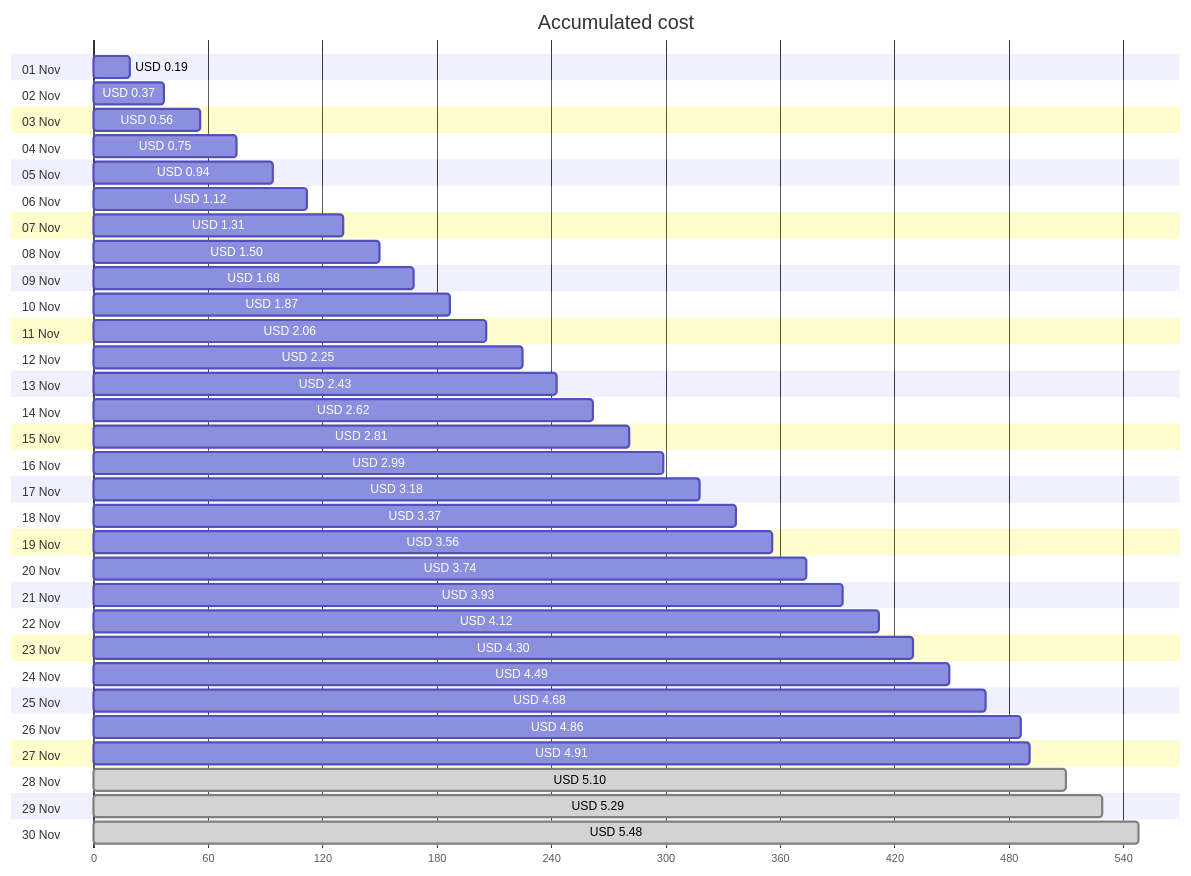
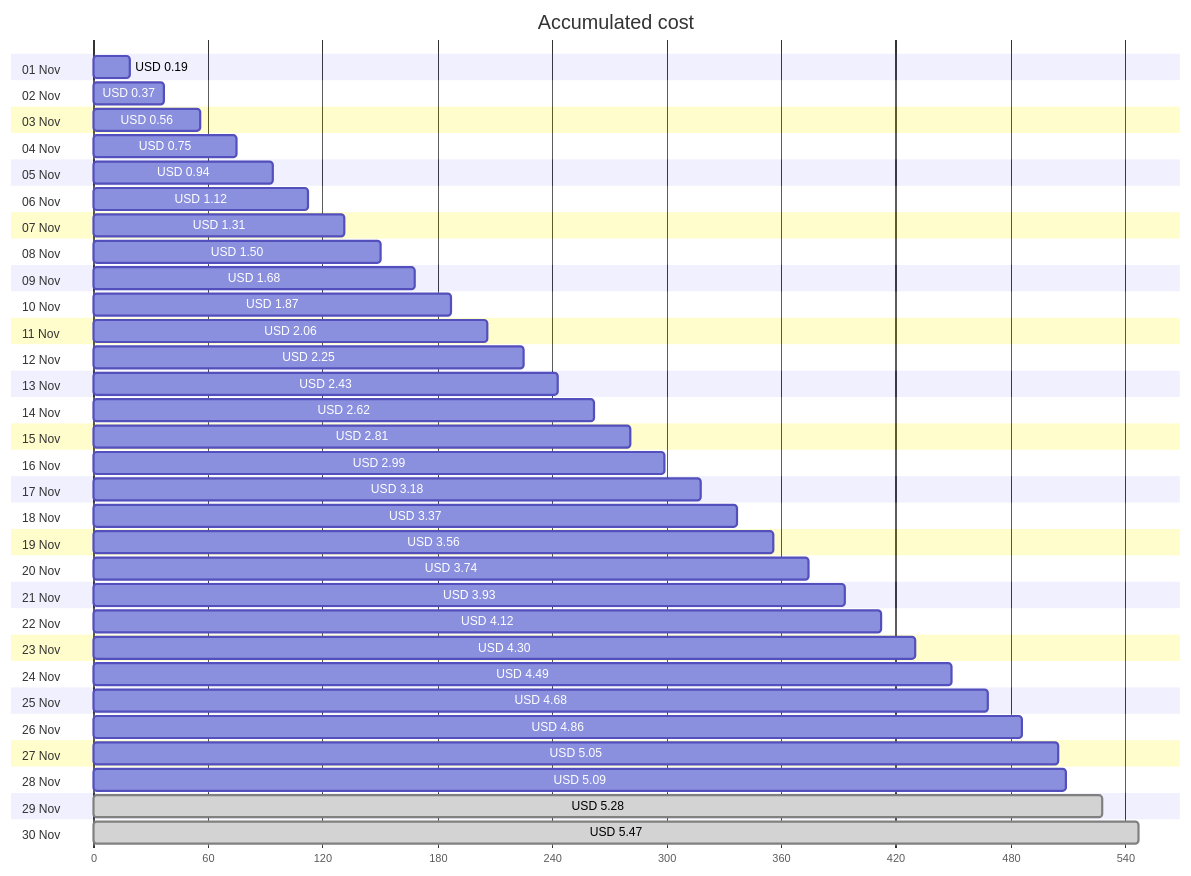
The first of 4 diagrams in cost-reports/personal-network/backup-server.md (jpfulton/azure-personal-reports), drawn with Mermaid before and after one commit. The commit also changed other lines of this file and 8 other files, not shown here.

````diff
--- a/cost-reports/personal-network/backup-server.md
+++ b/cost-reports/personal-network/backup-server.md
@@ -20,66 +20,66 @@
 ```mermaid
 gantt
    title Accumulated cost
    dateFormat  X
    axisFormat %s
    section 01 Nov
    USD 0.19 :0, 19
    section 02 Nov
    USD 0.37 :0, 37
    section 03 Nov
    USD 0.56 :0, 56
    section 04 Nov
    USD 0.75 :0, 75
    section 05 Nov
    USD 0.94 :0, 94
    section 06 Nov
    USD 1.12 :0, 112
    section 07 Nov
    USD 1.31 :0, 131
    section 08 Nov
    USD 1.50 :0, 150
    section 09 Nov
    USD 1.68 :0, 168
    section 10 Nov
    USD 1.87 :0, 187
    section 11 Nov
    USD 2.06 :0, 206
    section 12 Nov
    USD 2.25 :0, 225
    section 13 Nov
    USD 2.43 :0, 243
    section 14 Nov
    USD 2.62 :0, 262
    section 15 Nov
    USD 2.81 :0, 281
    section 16 Nov
    USD 2.99 :0, 299
    section 17 Nov
    USD 3.18 :0, 318
    section 18 Nov
    USD 3.37 :0, 337
    section 19 Nov
    USD 3.56 :0, 356
    section 20 Nov
    USD 3.74 :0, 374
    section 21 Nov
    USD 3.93 :0, 393
    section 22 Nov
    USD 4.12 :0, 412
    section 23 Nov
    USD 4.30 :0, 430
    section 24 Nov
    USD 4.49 :0, 449
    section 25 Nov
    USD 4.68 :0, 468
    section 26 Nov
    USD 4.86 :0, 486
    section 27 Nov
-   USD 4.91 :0, 491
+   USD 5.05 :0, 505
    section 28 Nov
-   USD 5.10 : done, 0, 510
+   USD 5.09 :0, 509
    section 29 Nov
-   USD 5.29 : done, 0, 529
+   USD 5.28 : done, 0, 528
    section 30 Nov
-   USD 5.48 : done, 0, 548
+   USD 5.47 : done, 0, 547
 ```
````
